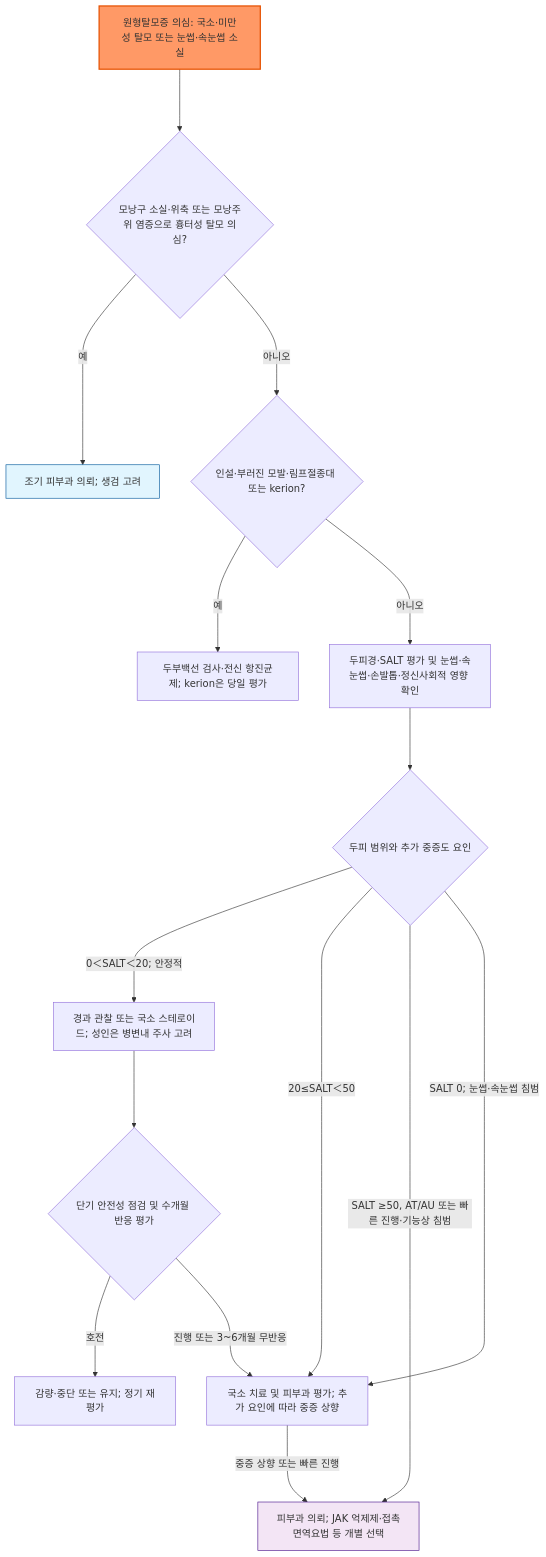
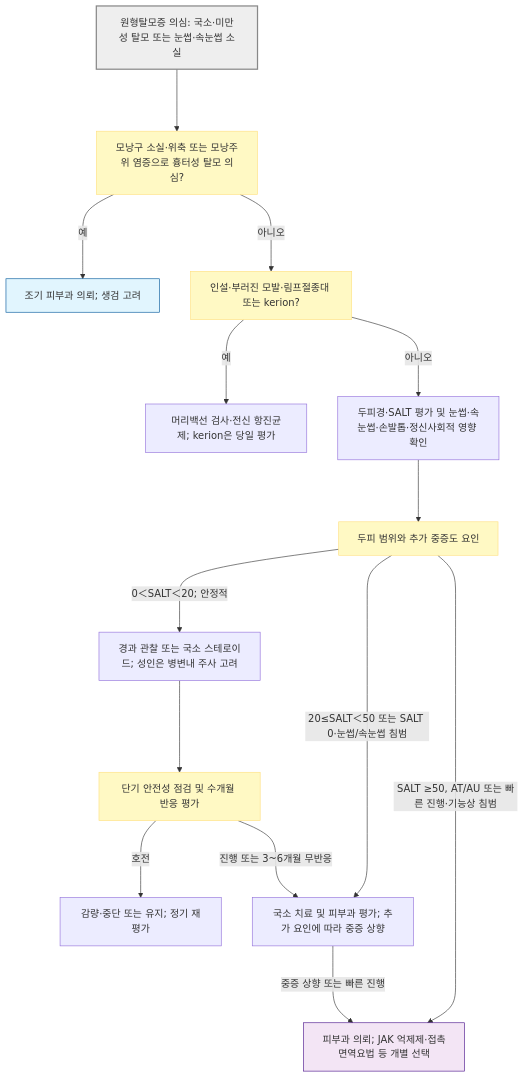
The diagram in 229_/187_-alopecia-areata.md (familyoh77/familyoh77), drawn with Mermaid before and after one commit. The commit also changed other lines of this file, not shown here.

````diff
--- a/229_/187_-alopecia-areata.md
+++ b/229_/187_-alopecia-areata.md
@@ -96,20 +96,22 @@
 ```mermaid
 graph TD
-    A["원형탈모증 의심: 국소·미만성 탈모 또는 눈썹·속눈썹 소실"] ---> B{"모낭구 소실·위축 또는 모낭주위 염증으로 흉터성 탈모 의심?"}
-    B --->|예| C["조기 피부과 의뢰; 생검 고려"]
-    B --->|아니오| T{"인설·부러진 모발·림프절종대 또는 kerion?"}
-    T --->|예| TC["두부백선 검사·전신 항진균제; kerion은 당일 평가"]
-    T --->|아니오| D["두피경·SALT 평가 및 눈썹·속눈썹·손발톱·정신사회적 영향 확인"]
-    D ---> E{"두피 범위와 추가 중증도 요인"}
+    A["원형탈모증 의심: 국소·미만성 탈모 또는 눈썹·속눈썹 소실"] ---> B["모낭구 소실·위축 또는 모낭주위 염증으로 흉터성 탈모 의심?"]
+    B --->|"예"| C["조기 피부과 의뢰; 생검 고려"]
+    B --->|"아니오"| T["인설·부러진 모발·림프절종대 또는 kerion?"]
+    T --->|"예"| TC["머리백선 검사·전신 항진균제; kerion은 당일 평가"]
+    T --->|"아니오"| D["두피경·SALT 평가 및 눈썹·속눈썹·손발톱·정신사회적 영향 확인"]
+    D ---> E["두피 범위와 추가 중증도 요인"]
     E --->|"0＜SALT＜20; 안정적"| F["경과 관찰 또는 국소 스테로이드; 성인은 병변내 주사 고려"]
-    E --->|"20≤SALT＜50"| G["국소 치료 및 피부과 평가; 추가 요인에 따라 중증 상향"]
+    E --->|"20≤SALT＜50 또는 SALT 0·눈썹/속눈썹 침범"| G["국소 치료 및 피부과 평가; 추가 요인에 따라 중증 상향"]
     E --->|"SALT ≥50, AT/AU 또는 빠른 진행·기능상 침범"| H["피부과 의뢰; JAK 억제제·접촉면역요법 등 개별 선택"]
-    E --->|"SALT 0; 눈썹·속눈썹 침범"| G
-    F ---> I{"단기 안전성 점검 및 수개월 반응 평가"}
-    I --->|호전| J["감량·중단 또는 유지; 정기 재평가"]
+    F ---> I["단기 안전성 점검 및 수개월 반응 평가"]
+    I --->|"호전"| J["감량·중단 또는 유지; 정기 재평가"]
     I --->|"진행 또는 3~6개월 무반응"| G
     G --->|"중증 상향 또는 빠른 진행"| H
-    style A fill:#f96,stroke:#e65100,stroke-width:2px
+
+    classDef question fill:#fff9c4,stroke:#ffe082
+    class B,T,E,I question
+    style A fill:#eeeeee,stroke:#888888,stroke-width:2px
     style H fill:#f3e5f5,stroke:#4a148c
     style C fill:#e1f5fe,stroke:#01579b
 ```
````
